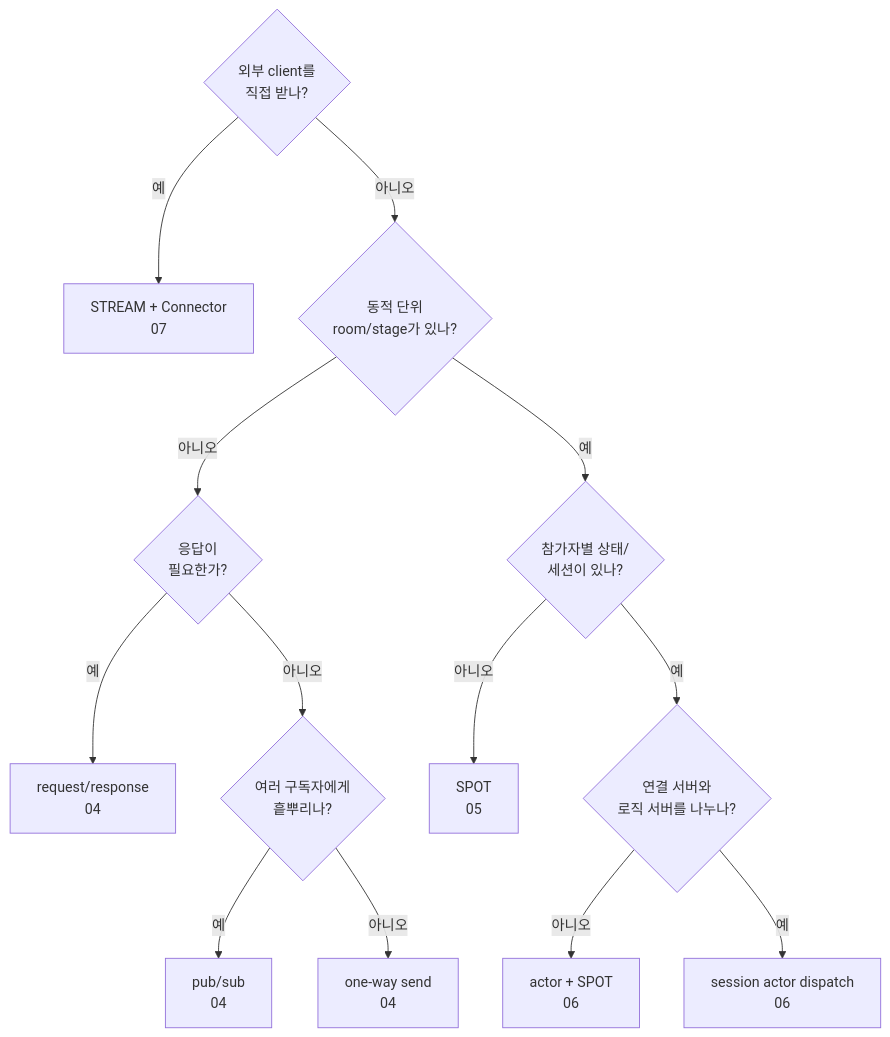
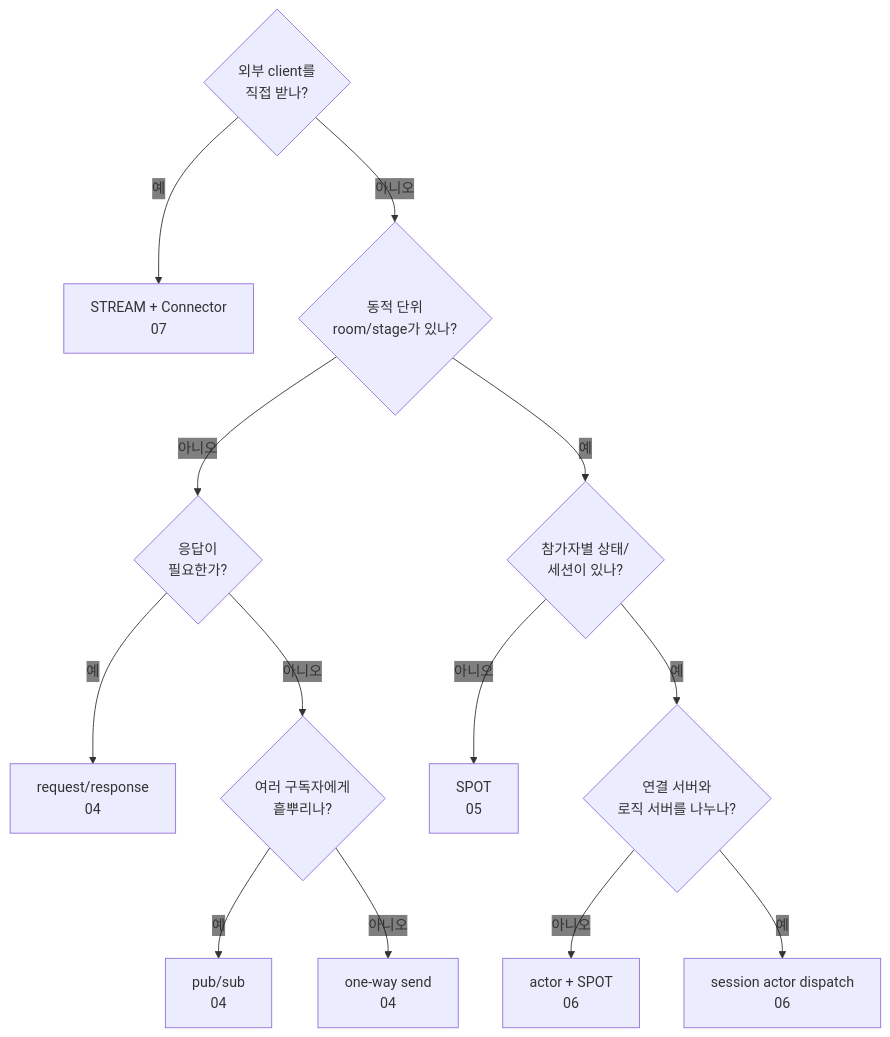
Before and after one commit to kairos-code-dev/zlink: the diagram in framework/doc/framework/dotnet/guide/11-feature-map.ko.md, drawn with Mermaid. The commit also changed other lines of this file and 19 other files, not shown here.

First line of the commit message:
docs(dotnet): 가이드 전반 노드 용어 정리·SpotRef 반영·다이어그램 배경 수정

````diff
--- a/framework/doc/framework/dotnet/guide/11-feature-map.ko.md
+++ b/framework/doc/framework/dotnet/guide/11-feature-map.ko.md
@@ -40,15 +40,16 @@
 ```mermaid
+%%{init: {'themeVariables': {'edgeLabelBackground':'transparent'}}}%%
 flowchart TD
   Q1{외부 client를<br/>직접 받나?} -->|예| Stream[STREAM + Connector<br/>07]
   Q1 -->|아니오| Q2{동적 단위<br/>room/stage가 있나?}
   Q2 -->|아니오| Q3{응답이<br/>필요한가?}
   Q3 -->|예| Req[request/response<br/>04]
   Q3 -->|아니오| Q4{여러 구독자에게<br/>흩뿌리나?}
   Q4 -->|예| Pub[pub/sub<br/>04]
   Q4 -->|아니오| Send[one-way send<br/>04]
   Q2 -->|예| Q5{참가자별 상태/<br/>세션이 있나?}
   Q5 -->|아니오| Spot[SPOT<br/>05]
   Q5 -->|예| Q6{연결 서버와<br/>로직 서버를 나누나?}
   Q6 -->|아니오| Actor[actor + SPOT<br/>06]
   Q6 -->|예| Sad[session actor dispatch<br/>06]
 ```
````
